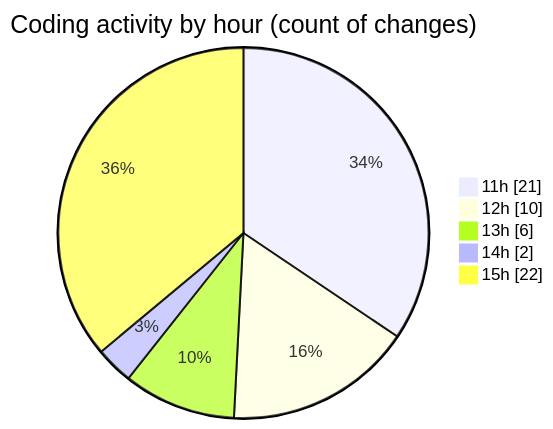
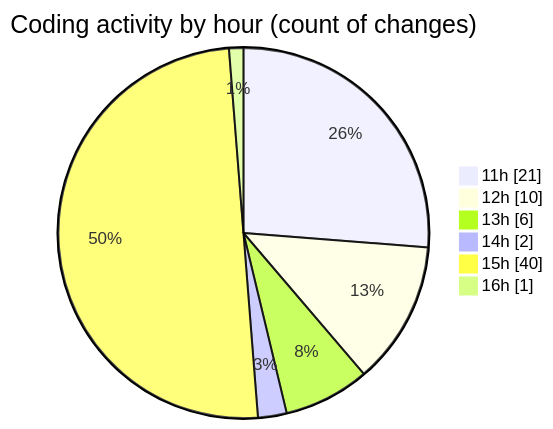
One commit to nxtqubesakshisongat/code-tracking changed the second of 2 diagrams in 2025-07-14/argos/README.md. Above: the diagram before and after it, drawn with Mermaid. The commit also changed other lines of this file and 1 other file, not shown here.

````diff
--- a/2025-07-14/argos/README.md
+++ b/2025-07-14/argos/README.md
@@ -35,9 +37,10 @@
 ```mermaid
 pie showData
 title Coding activity by hour (count of changes)
 "11h" : 21
 "12h" : 10
 "13h" : 6
 "14h" : 2
-"15h" : 22
+"15h" : 40
+"16h" : 1
 ```
````
